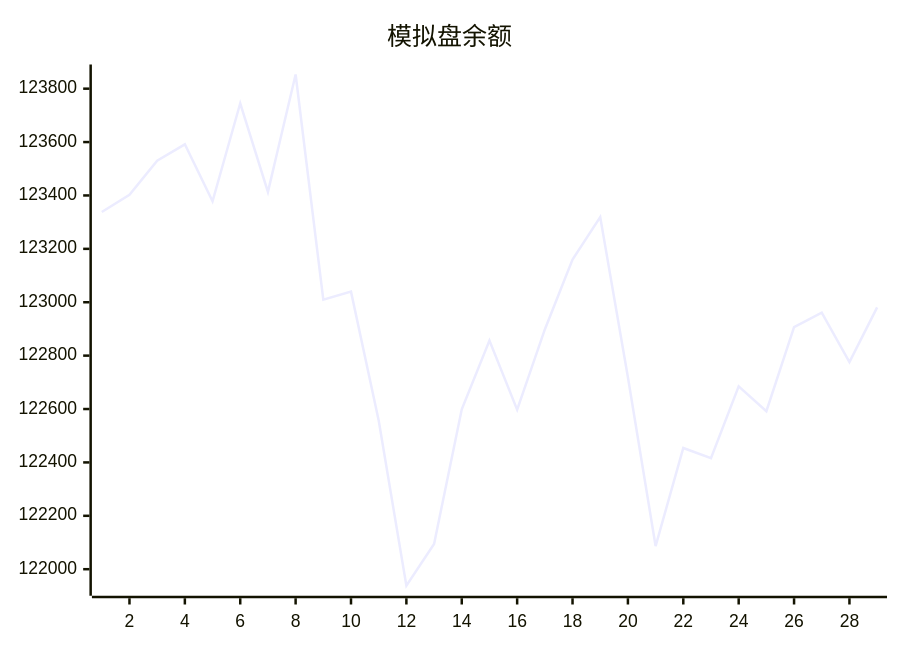
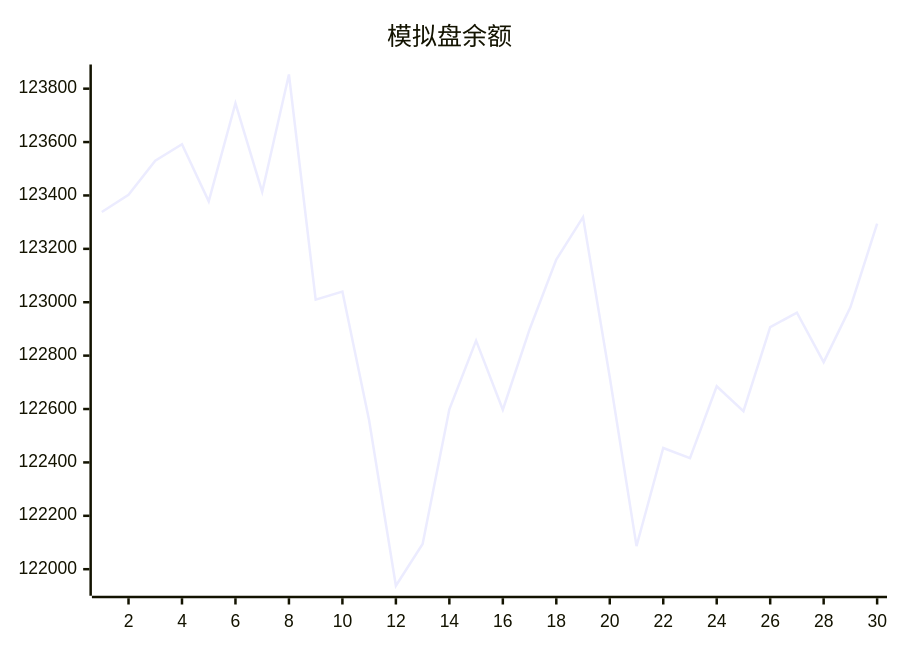
The diagram in trading/README.md (aahl/mcp-aktools), drawn with Mermaid before and after one commit. The commit also changed 1 other file, not shown here.

Commit message:
📈 Auto Trading Result

````diff
--- a/trading/README.md
+++ b/trading/README.md
@@ -3,5 +3,5 @@
 ```mermaid
 xychart
     title "模拟盘余额"
-    line [123337.9,123402.4,123530.3,123591.6,123377.9,123745.3,123413.3,123853.1,123009.4,123039.8,122557.0,121938.0,122094.6,122599.0,122856.1,122597.3,122898.1,123160.2,123318.8,122719.1,122086.7,122454.1,122415.9,122685.2,122591.9,122906.8,122960.7,122775.6,122980.9]
+    line [123337.9,123402.4,123530.3,123591.6,123377.9,123745.3,123413.3,123853.1,123009.4,123039.8,122557.0,121938.0,122094.6,122599.0,122856.1,122597.3,122898.1,123160.2,123318.8,122719.1,122086.7,122454.1,122415.9,122685.2,122591.9,122906.8,122960.7,122775.6,122980.9,123294.6]
 ```
````
